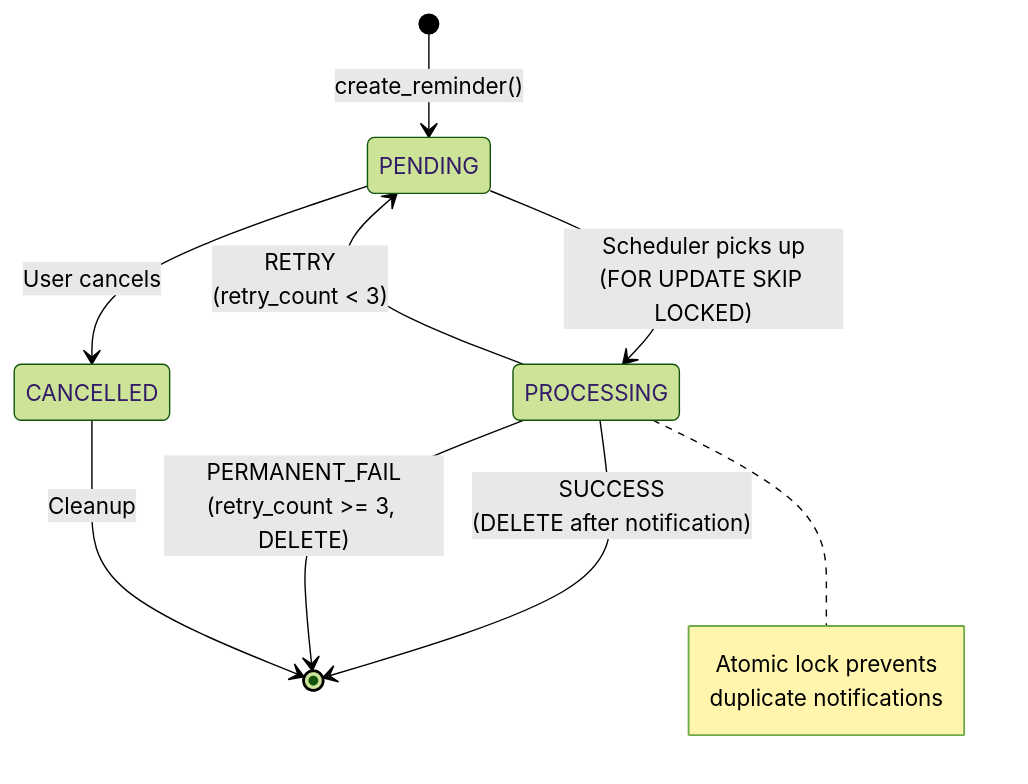
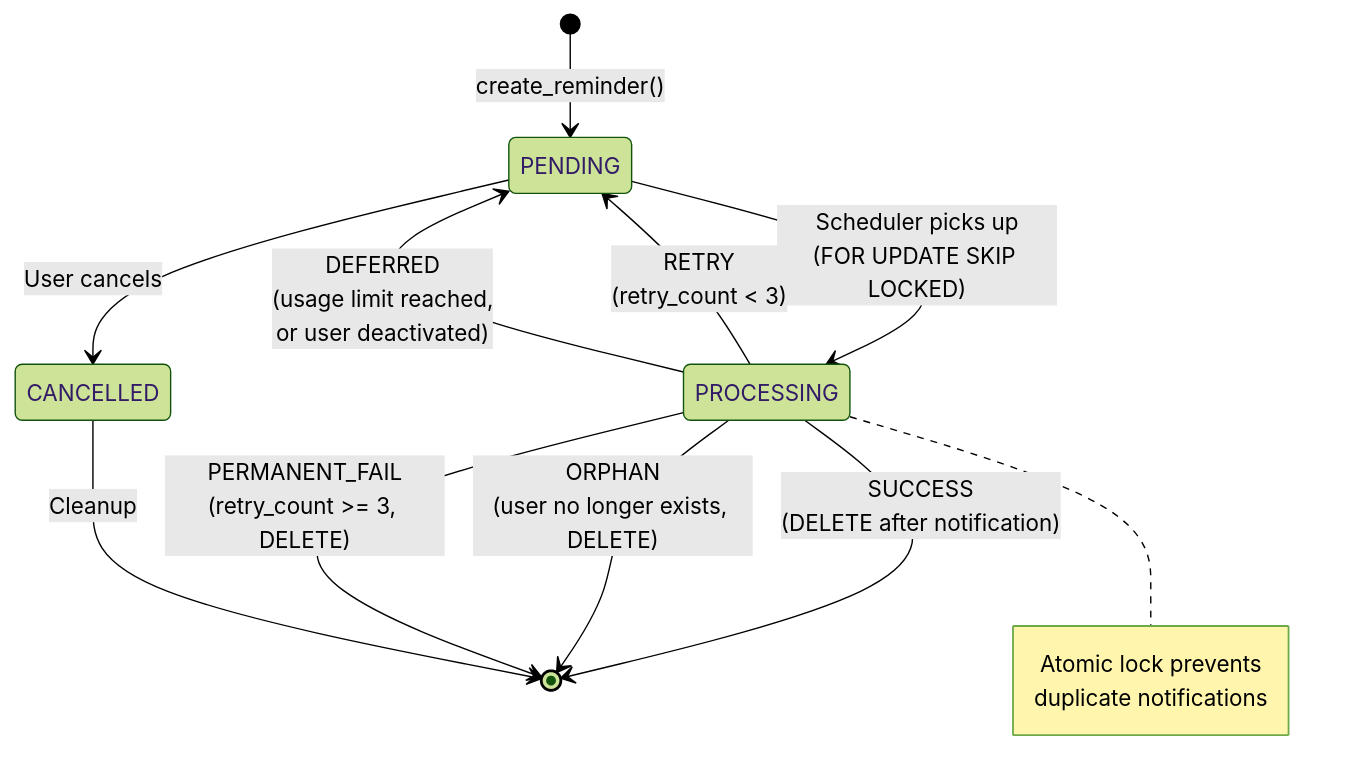
The fourth of 8 diagrams in docs/technical/NOTIFICATIONS_FLOW.md (jgouviergmail/LIA-Assistant), drawn with Mermaid (forest theme) before and after one commit. The commit also changed other lines of this file and 149 other files, not shown here.

````diff
--- a/docs/technical/NOTIFICATIONS_FLOW.md
+++ b/docs/technical/NOTIFICATIONS_FLOW.md
@@ -260,21 +274,25 @@
 ```mermaid
 stateDiagram-v2
     [*] --> PENDING: create_reminder()
 
     PENDING --> PROCESSING: Scheduler picks up<br/>(FOR UPDATE SKIP LOCKED)
 
     PROCESSING --> [*]: SUCCESS<br/>(DELETE after notification)
 
     PROCESSING --> PENDING: RETRY<br/>(retry_count < 3)
+
+    PROCESSING --> PENDING: DEFERRED<br/>(usage limit reached,<br/>or user deactivated)
+
+    PROCESSING --> [*]: ORPHAN<br/>(user no longer exists, DELETE)
 
     PROCESSING --> [*]: PERMANENT_FAIL<br/>(retry_count >= 3, DELETE)
 
     PENDING --> CANCELLED: User cancels
 
     CANCELLED --> [*]: Cleanup
 
     note right of PROCESSING
         Atomic lock prevents
         duplicate notifications
     end note
 ```
````
